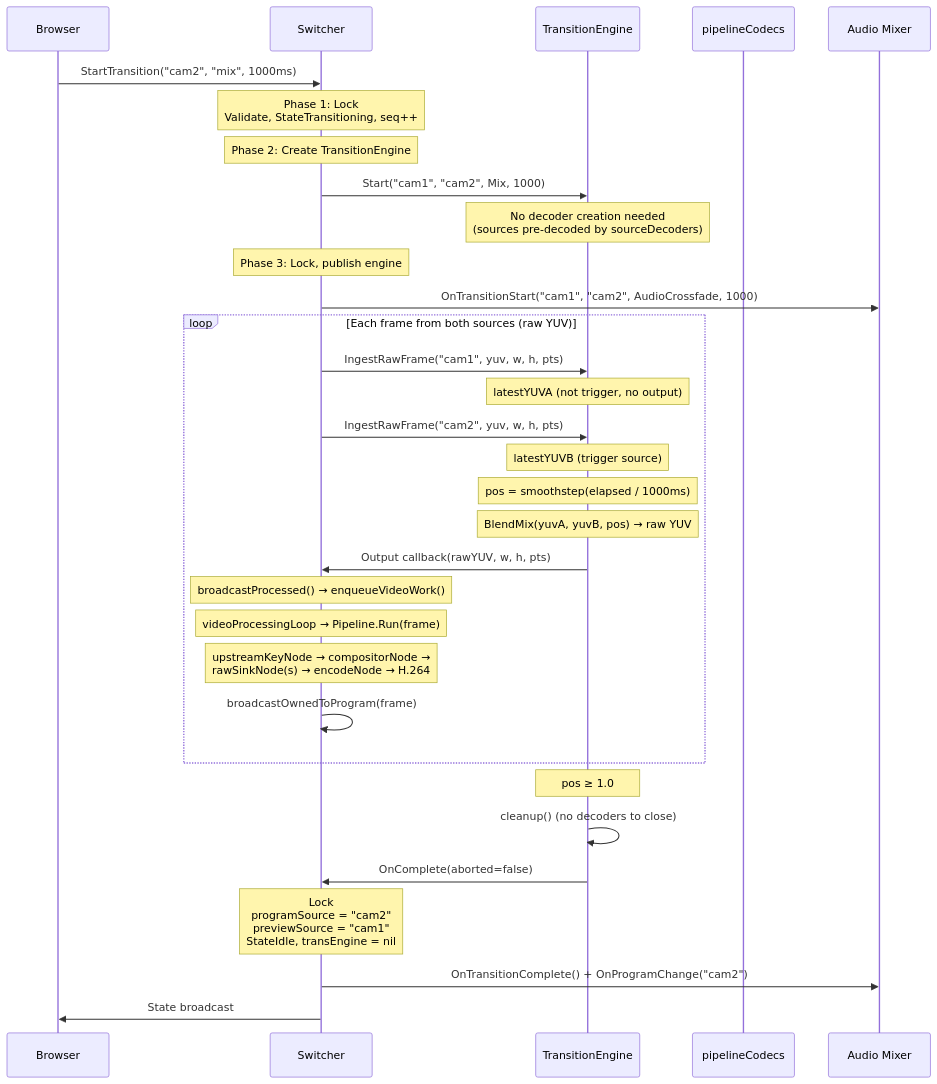
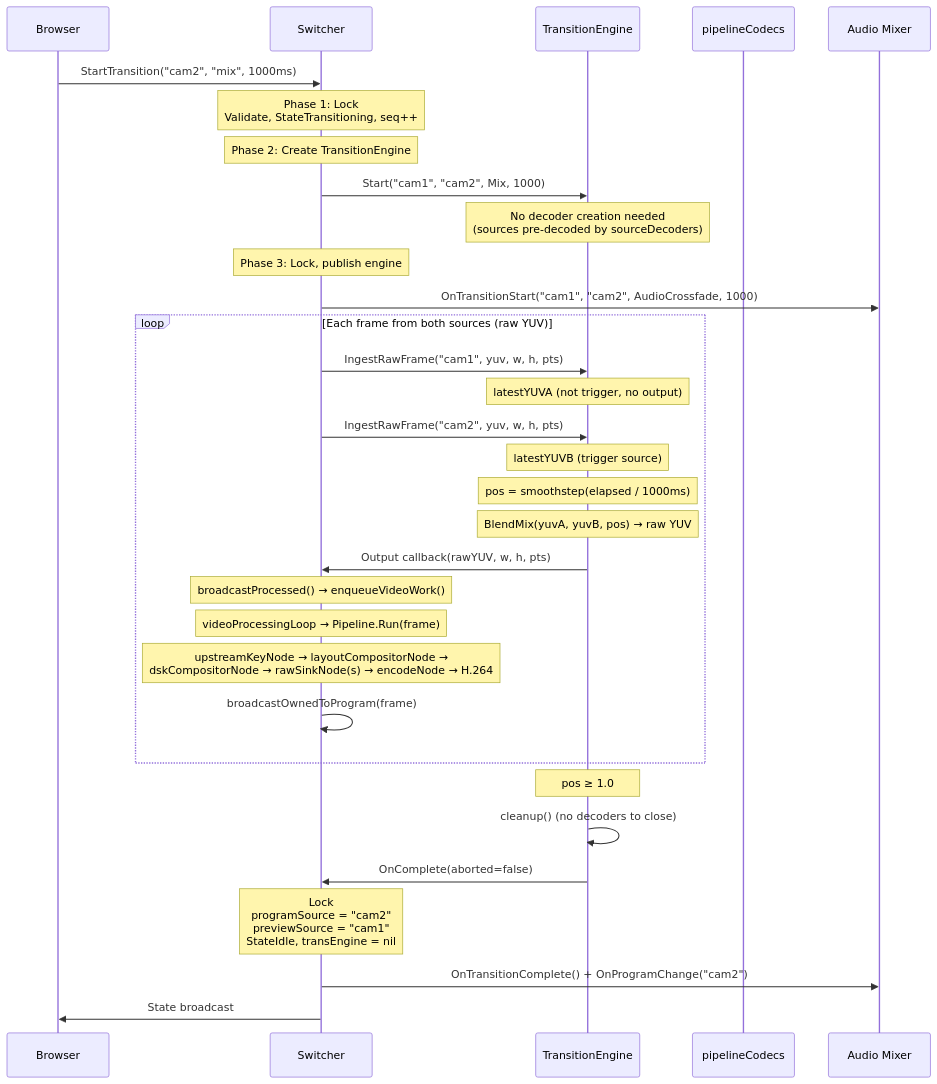
Before and after one commit to zsiec/switchframe: diagram 22 of 24 in docs/architecture.md, drawn with Mermaid. The commit also changed other lines of this file and 3 other files, not shown here.

First line of the commit message:
Add multi-layer DSK and PIP layout features

````diff
--- a/docs/architecture.md
+++ b/docs/architecture.md
@@ -1259,42 +1406,42 @@
 ```mermaid
 sequenceDiagram
     participant Browser
     participant SW as Switcher
     participant TE as TransitionEngine
     participant PC as pipelineCodecs
     participant Mixer as Audio Mixer
 
     Browser->>SW: StartTransition("cam2", "mix", 1000ms)
 
     Note over SW: Phase 1: Lock<br/>Validate, StateTransitioning, seq++
 
     Note over SW: Phase 2: Create TransitionEngine
     SW->>TE: Start("cam1", "cam2", Mix, 1000)
     Note over TE: No decoder creation needed<br/>(sources pre-decoded by sourceDecoders)
 
     Note over SW: Phase 3: Lock, publish engine
     SW->>Mixer: OnTransitionStart("cam1", "cam2", AudioCrossfade, 1000)
 
     loop Each frame from both sources (raw YUV)
         SW->>TE: IngestRawFrame("cam1", yuv, w, h, pts)
         Note over TE: latestYUVA (not trigger, no output)
 
         SW->>TE: IngestRawFrame("cam2", yuv, w, h, pts)
         Note over TE: latestYUVB (trigger source)
         Note over TE: pos = smoothstep(elapsed / 1000ms)
         Note over TE: BlendMix(yuvA, yuvB, pos) → raw YUV
         TE->>SW: Output callback(rawYUV, w, h, pts)
         Note over SW: broadcastProcessed() → enqueueVideoWork()
         Note over SW: videoProcessingLoop → Pipeline.Run(frame)
-        Note over SW: upstreamKeyNode → compositorNode →<br/>rawSinkNode(s) → encodeNode → H.264
+        Note over SW: upstreamKeyNode → layoutCompositorNode →<br/>dskCompositorNode → rawSinkNode(s) → encodeNode → H.264
         SW->>SW: broadcastOwnedToProgram(frame)
     end
 
     Note over TE: pos ≥ 1.0
     TE->>TE: cleanup() (no decoders to close)
     TE->>SW: OnComplete(aborted=false)
 
     Note over SW: Lock<br/>programSource = "cam2"<br/>previewSource = "cam1"<br/>StateIdle, transEngine = nil
     SW->>Mixer: OnTransitionComplete() + OnProgramChange("cam2")
     SW->>Browser: State broadcast
 ```
````
